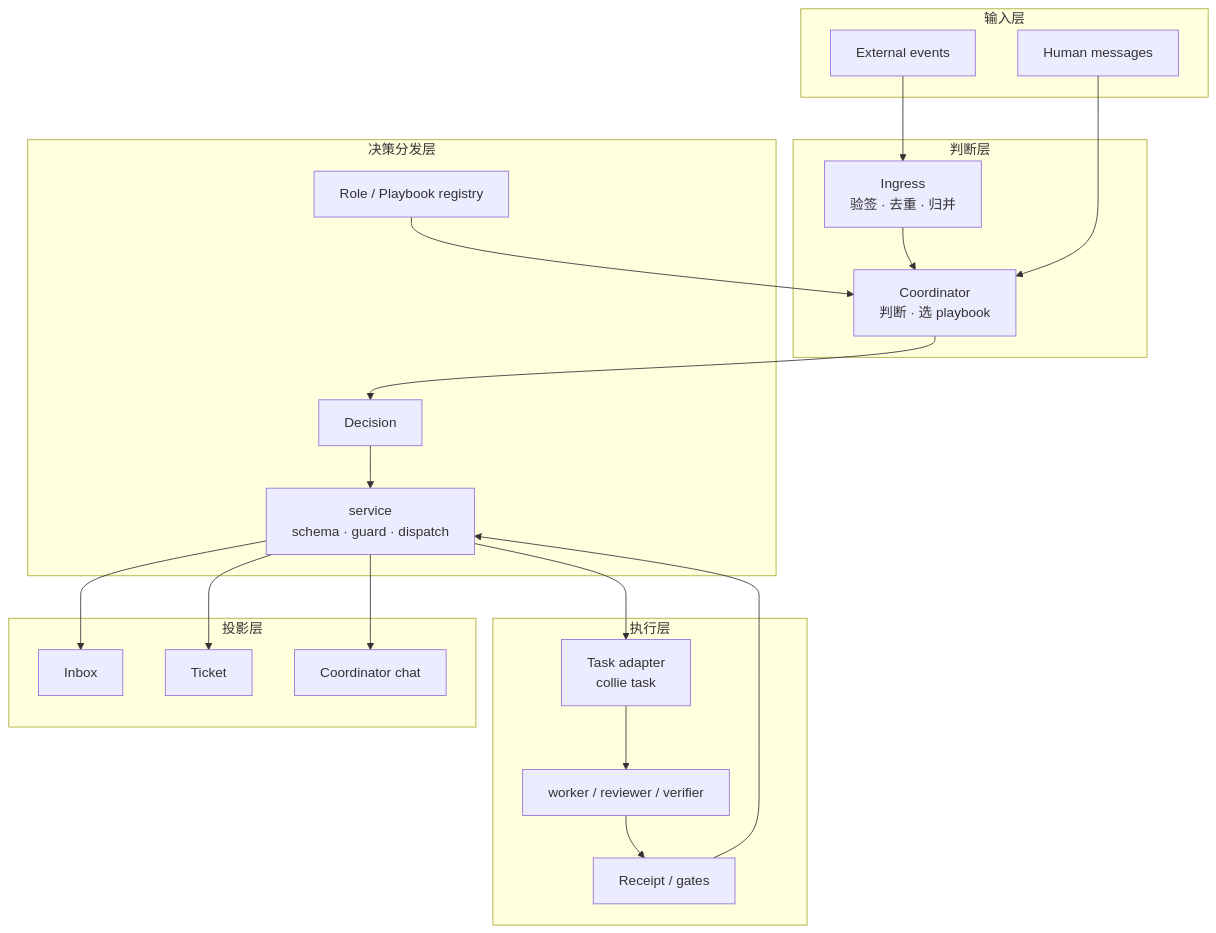
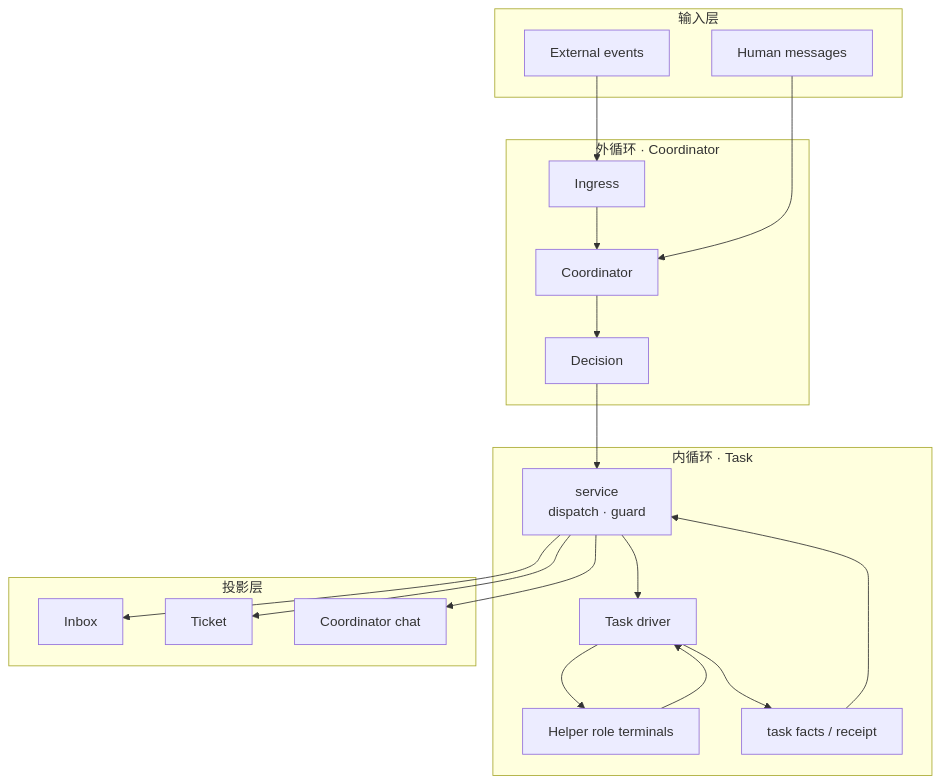
Before and after one commit to iodone/collie: the second of 2 diagrams in docs/ARCHITECTURE.md, drawn with Mermaid. The commit also changed other lines of this file and 1 other file, not shown here.

Commit message:
docs: align architecture and collaboration around task driver

````diff
--- a/docs/ARCHITECTURE.md
+++ b/docs/ARCHITECTURE.md
@@ -116,40 +108,38 @@
 ```mermaid
 flowchart TB
   subgraph INPUT["输入层"]
     E["External events"]
     H["Human messages"]
   end
 
-  subgraph COORD["判断层"]
-    I["Ingress<br/>验签 · 去重 · 归并"]
-    C["Coordinator<br/>判断 · 选 playbook"]
+  subgraph COORD["外循环 · Coordinator"]
+    I["Ingress"]
+    C["Coordinator"]
+    D["Decision"]
   end
 
-  subgraph DISPATCH["决策分发层"]
-    D["Decision"]
-    V["service<br/>schema · guard · dispatch"]
-    R["Role / Playbook registry"]
-  end
-
-  subgraph EXEC["执行层"]
-    T["Task adapter<br/>collie task"]
-    A["worker / reviewer / verifier"]
-    P["Receipt / gates"]
+  subgraph EXEC["内循环 · Task"]
+    S["service<br/>dispatch · guard"]
+    T["Task driver"]
+    R["Helper role terminals"]
+    F["task facts / receipt"]
   end
 
   subgraph VIEW["投影层"]
     IN["Inbox"]
     TI["Ticket"]
     CH["Coordinator chat"]
   end
 
   E --> I --> C
   H --> C
-  R --> C
-  C --> D --> V
-  V --> T --> A --> P
-  P --> V
-  V --> IN
-  V --> TI
-  V --> CH
+  C --> D --> S
+  S --> T
+  T --> R
+  R --> T
+  T --> F
+  F --> S
+  S --> IN
+  S --> TI
+  S --> CH
 ```
````
